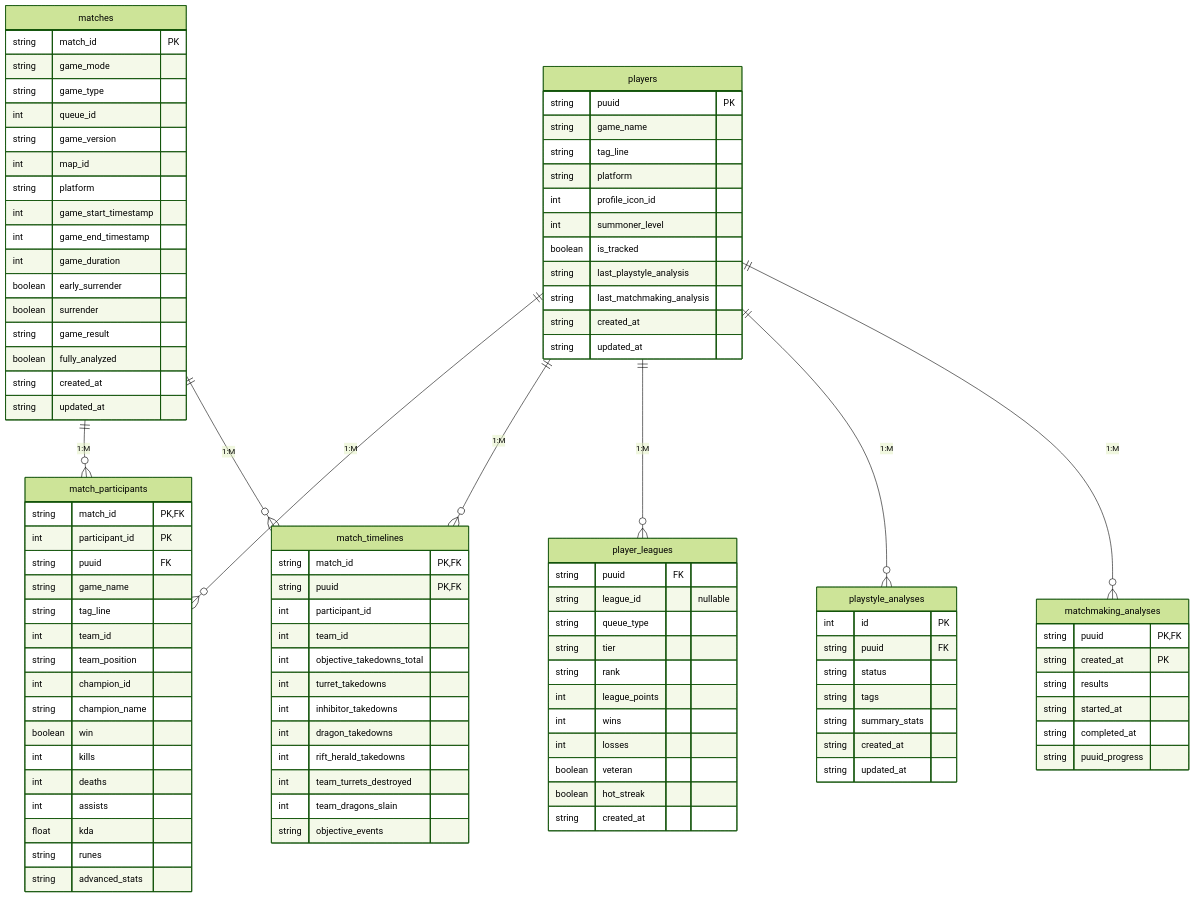
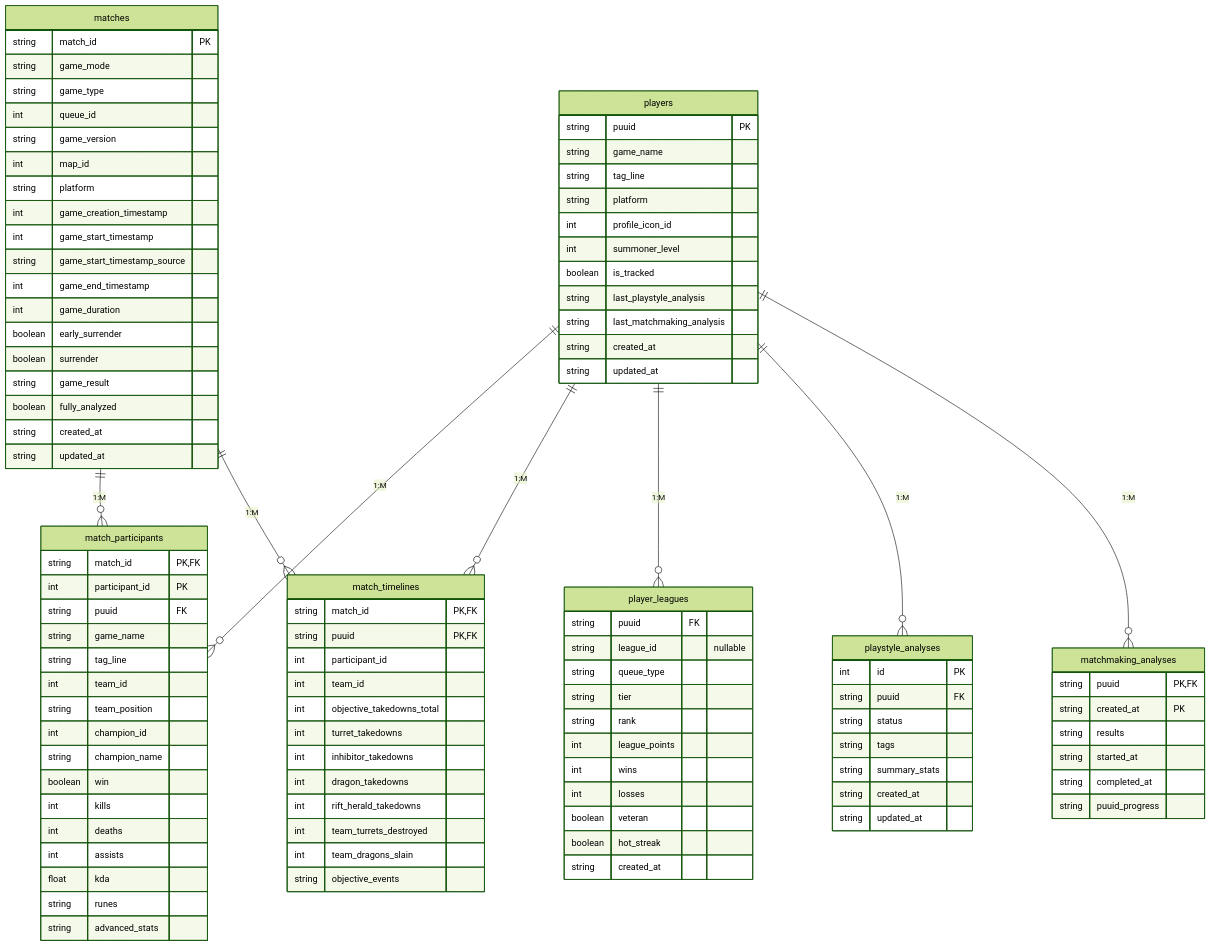
One commit to matejkadlec/league-analysis changed the second of 3 diagrams in docs/database.md. Above: the diagram before and after it, drawn with Mermaid (forest theme). The commit also changed other lines of this file and 40 other files, not shown here.

```diff
--- a/docs/database.md
+++ b/docs/database.md
@@ -141,7 +141,9 @@
         string game_version
         int map_id
         string platform
+        int game_creation_timestamp
         int game_start_timestamp
+        string game_start_timestamp_source
         int game_end_timestamp
         int game_duration
         boolean early_surrender
```
